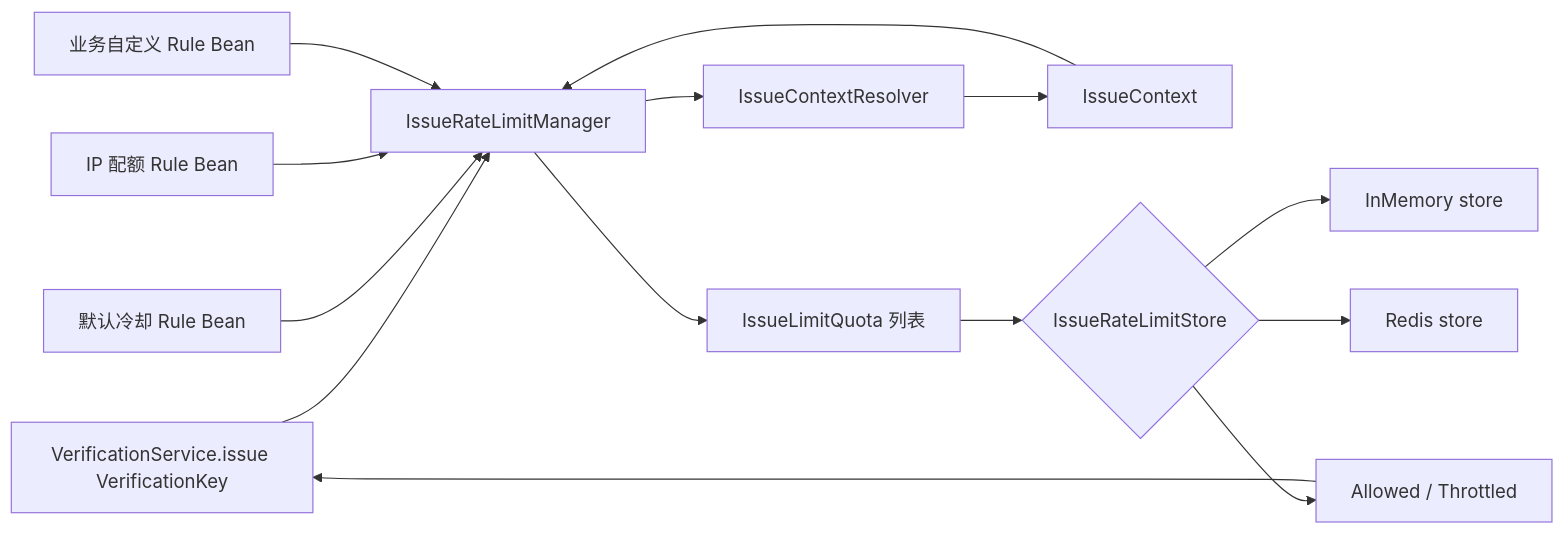
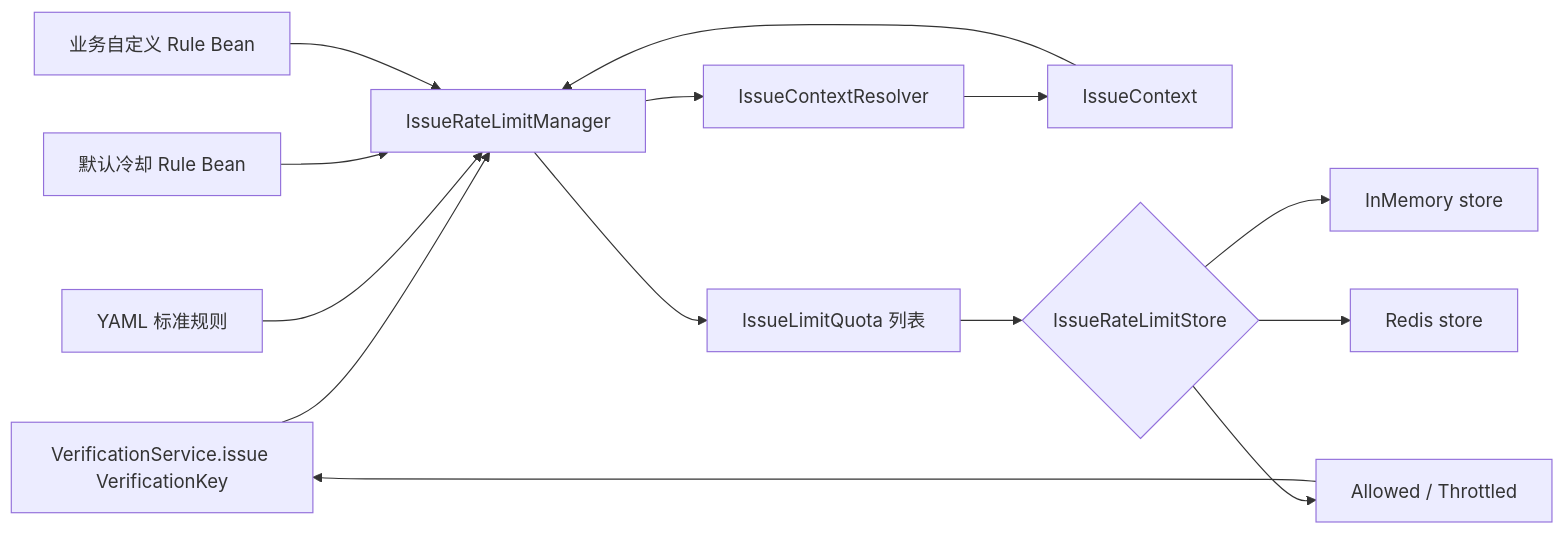
The first of 2 diagrams in ringo-boot-core/src/main/java/io/github/ringotangs/ringoboot/verification/limit/README.md (RingoTangs/ringo-boot), drawn with Mermaid before and after one commit. The commit also changed other lines of this file and 8 other files, not shown here.

````diff
--- a/ringo-boot-core/src/main/java/io/github/ringotangs/ringoboot/verification/limit/README.md
+++ b/ringo-boot-core/src/main/java/io/github/ringotangs/ringoboot/verification/limit/README.md
@@ -10,16 +10,16 @@
 ```mermaid
 flowchart LR
     A[VerificationService.issue VerificationKey] --> C[IssueRateLimitManager]
     C --> B[IssueContextResolver]
     B --> I[IssueContext]
     I --> C
-    R1[默认冷却 Rule Bean] --> C
-    R2[IP 配额 Rule Bean] --> C
+    R1[YAML 标准规则] --> C
+    R2[默认冷却 Rule Bean] --> C
     R3[业务自定义 Rule Bean] --> C
     C --> D[IssueLimitQuota 列表]
     D --> E{IssueRateLimitStore}
     E --> F[InMemory store]
     E --> G[Redis store]
     E --> H[Allowed / Throttled]
     H --> A
 ```
````
